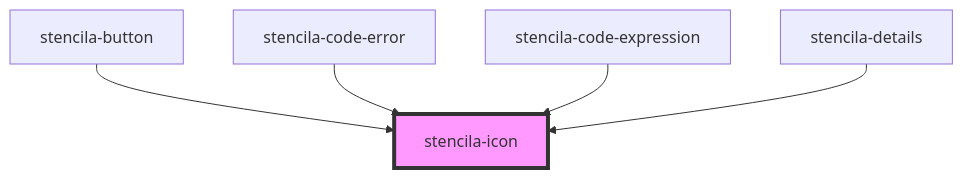
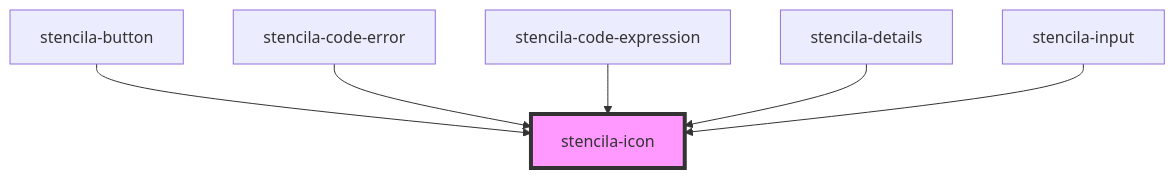
One commit to stencila/designa changed the diagram in packages/components/src/components/icon/readme.md. Above: the diagram before and after it, drawn with Mermaid. The commit also changed other lines of this file and 12 other files, not shown here.

First line of the commit message:
feat(Input): Add stencila-input component

````diff
--- a/packages/components/src/components/icon/readme.md
+++ b/packages/components/src/components/icon/readme.md
@@ -23,8 +24,9 @@
 ```mermaid
 graph TD;
   stencila-button --> stencila-icon
   stencila-code-error --> stencila-icon
   stencila-code-expression --> stencila-icon
   stencila-details --> stencila-icon
+  stencila-input --> stencila-icon
   style stencila-icon fill:#f9f,stroke:#333,stroke-width:4px
 ```
````
